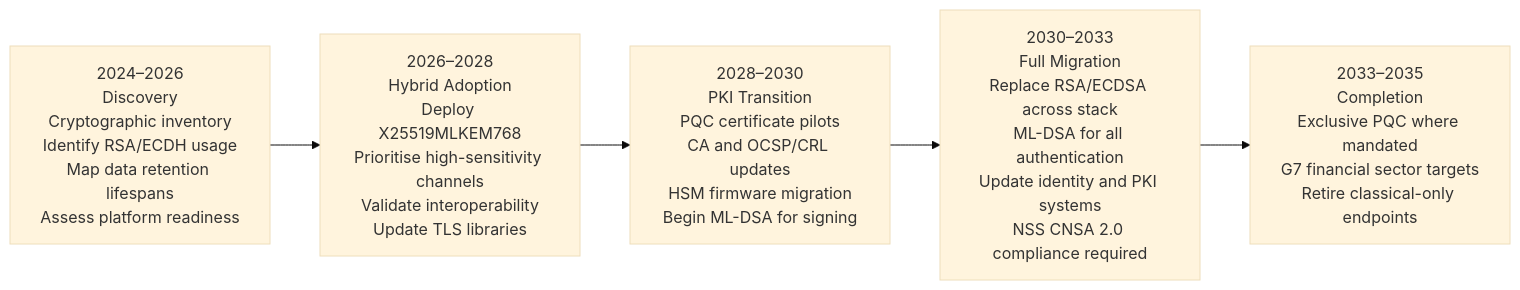
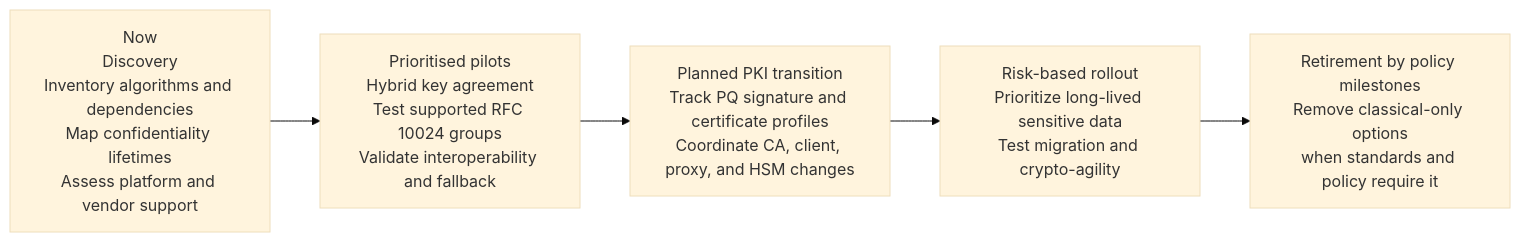
The fourth of 4 diagrams in _posts/2026-07-08-post-quantum-cryptography-tls-not-safe-forever.md (subodhpatil/suubodhpatil.github.io), drawn with Mermaid (base theme) before and after one commit. The commit also changed other lines of this file and 4 other files, not shown here.

````diff
--- a/_posts/2026-07-08-post-quantum-cryptography-tls-not-safe-forever.md
+++ b/_posts/2026-07-08-post-quantum-cryptography-tls-not-safe-forever.md
@@ -344,10 +323,10 @@
 ```mermaid
 flowchart LR
-    P1["2024–2026\nDiscovery\nCryptographic inventory\nIdentify RSA/ECDH usage\nMap data retention lifespans\nAssess platform readiness"]
-    P2["2026–2028\nHybrid Adoption\nDeploy X25519MLKEM768\nPrioritise high-sensitivity channels\nValidate interoperability\nUpdate TLS libraries"]
-    P3["2028–2030\nPKI Transition\nPQC certificate pilots\nCA and OCSP/CRL updates\nHSM firmware migration\nBegin ML-DSA for signing"]
-    P4["2030–2033\nFull Migration\nReplace RSA/ECDSA across stack\nML-DSA for all authentication\nUpdate identity and PKI systems\nNSS CNSA 2.0 compliance required"]
-    P5["2033–2035\nCompletion\nExclusive PQC where mandated\nG7 financial sector targets\nRetire classical-only endpoints"]
+    P1["Now\nDiscovery\nInventory algorithms and dependencies\nMap confidentiality lifetimes\nAssess platform and vendor support"]
+    P2["Prioritised pilots\nHybrid key agreement\nTest supported RFC 10024 groups\nValidate interoperability and fallback"]
+    P3["Planned PKI transition\nTrack PQ signature and certificate profiles\nCoordinate CA, client, proxy, and HSM changes"]
+    P4["Risk-based rollout\nPrioritize long-lived sensitive data\nTest migration and crypto-agility"]
+    P5["Retirement by policy milestones\nRemove classical-only options\nwhen standards and policy require it"]
 
     P1 --> P2 --> P3 --> P4 --> P5
 ```
````
